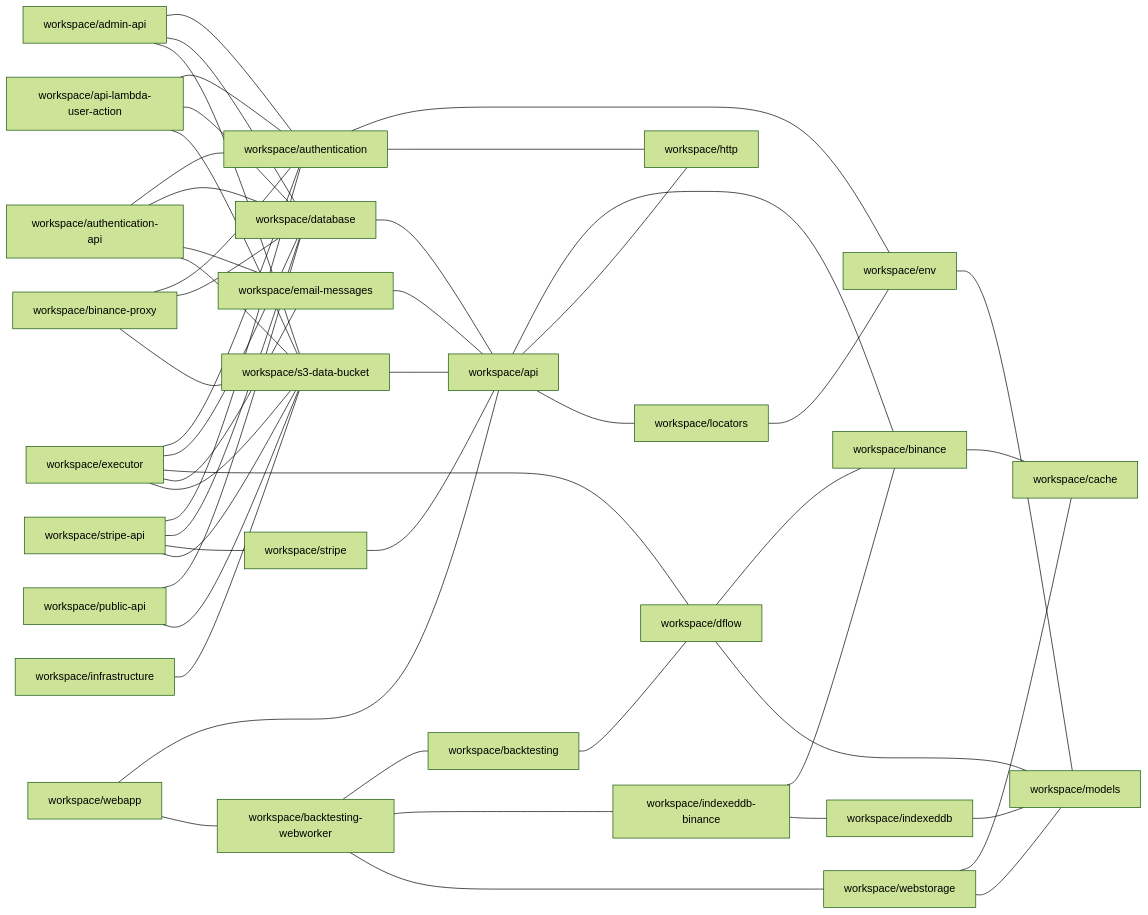
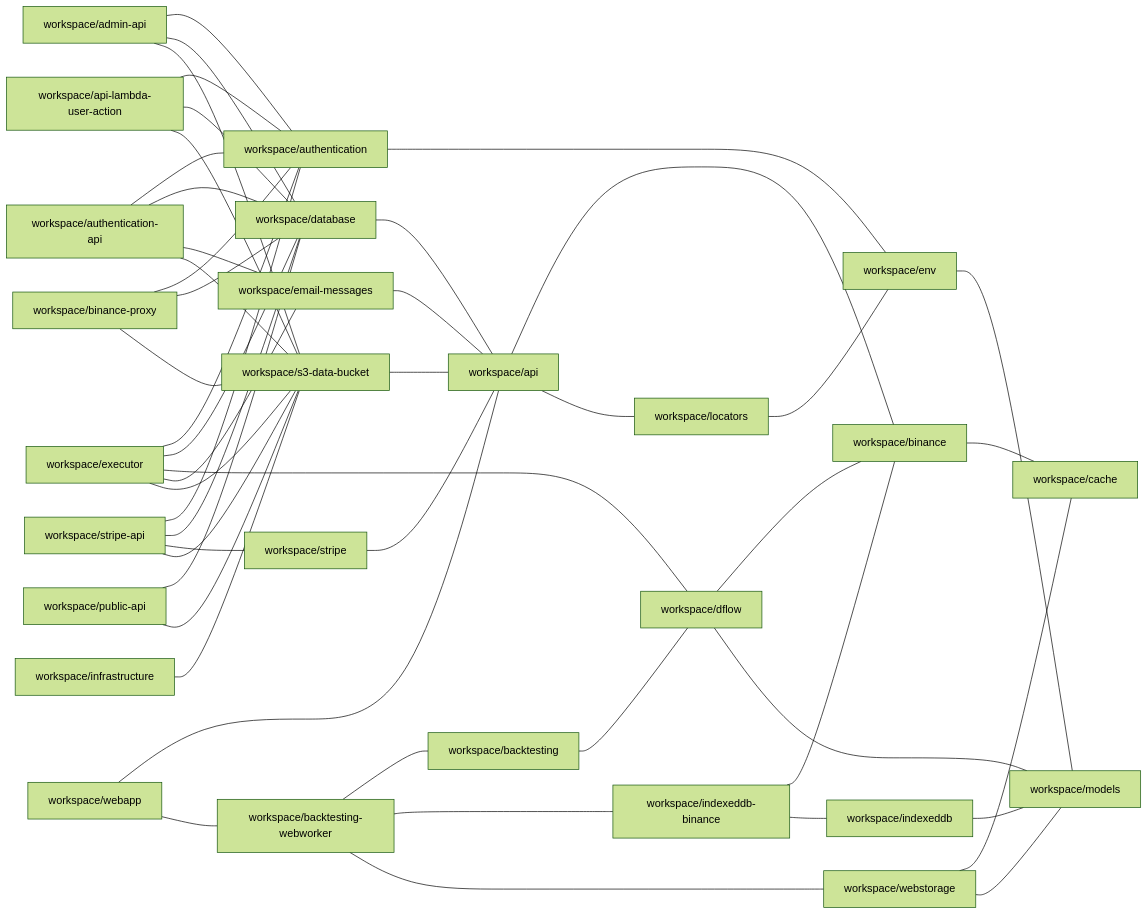
One commit to ggbot-org/ggbot changed the diagram in repository/docs/npm-dependencies.md. Above: the diagram before and after it, drawn with Mermaid (forest theme). The commit also changed 41 other files, not shown here.

Commit message:
remove http workspace

````diff
--- a/repository/docs/npm-dependencies.md
+++ b/repository/docs/npm-dependencies.md
@@ -6,53 +6,51 @@
 ```mermaid
 graph LR
     workspace/admin-api --- workspace/authentication
     workspace/admin-api --- workspace/database
     workspace/admin-api --- workspace/s3-data-bucket
     workspace/api --- workspace/binance
-    workspace/api --- workspace/http
     workspace/api --- workspace/locators
     workspace/api-lambda-user-action --- workspace/authentication
     workspace/api-lambda-user-action --- workspace/database
     workspace/api-lambda-user-action --- workspace/s3-data-bucket
     workspace/authentication --- workspace/env
-    workspace/authentication --- workspace/http
     workspace/authentication-api --- workspace/authentication
     workspace/authentication-api --- workspace/database
     workspace/authentication-api --- workspace/email-messages
     workspace/authentication-api --- workspace/s3-data-bucket
     workspace/backtesting --- workspace/dflow
     workspace/backtesting-webworker --- workspace/backtesting
     workspace/backtesting-webworker --- workspace/indexeddb-binance
     workspace/backtesting-webworker --- workspace/webstorage
     workspace/binance --- workspace/cache
     workspace/binance-proxy --- workspace/authentication
     workspace/binance-proxy --- workspace/database
     workspace/binance-proxy --- workspace/s3-data-bucket
     workspace/database --- workspace/api
     workspace/dflow --- workspace/binance
     workspace/dflow --- workspace/models
     workspace/email-messages --- workspace/api
     workspace/env --- workspace/models
     workspace/executor --- workspace/authentication
     workspace/executor --- workspace/database
     workspace/executor --- workspace/dflow
     workspace/executor --- workspace/email-messages
     workspace/executor --- workspace/s3-data-bucket
     workspace/indexeddb --- workspace/models
     workspace/indexeddb-binance --- workspace/binance
     workspace/indexeddb-binance --- workspace/indexeddb
     workspace/infrastructure --- workspace/s3-data-bucket
     workspace/locators --- workspace/env
     workspace/public-api --- workspace/database
     workspace/public-api --- workspace/s3-data-bucket
     workspace/s3-data-bucket --- workspace/api
     workspace/stripe --- workspace/api
     workspace/stripe-api --- workspace/authentication
     workspace/stripe-api --- workspace/database
     workspace/stripe-api --- workspace/stripe
     workspace/stripe-api --- workspace/s3-data-bucket
     workspace/webapp --- workspace/api
     workspace/webapp --- workspace/backtesting-webworker
     workspace/webstorage --- workspace/cache
     workspace/webstorage --- workspace/models
 ```
````
